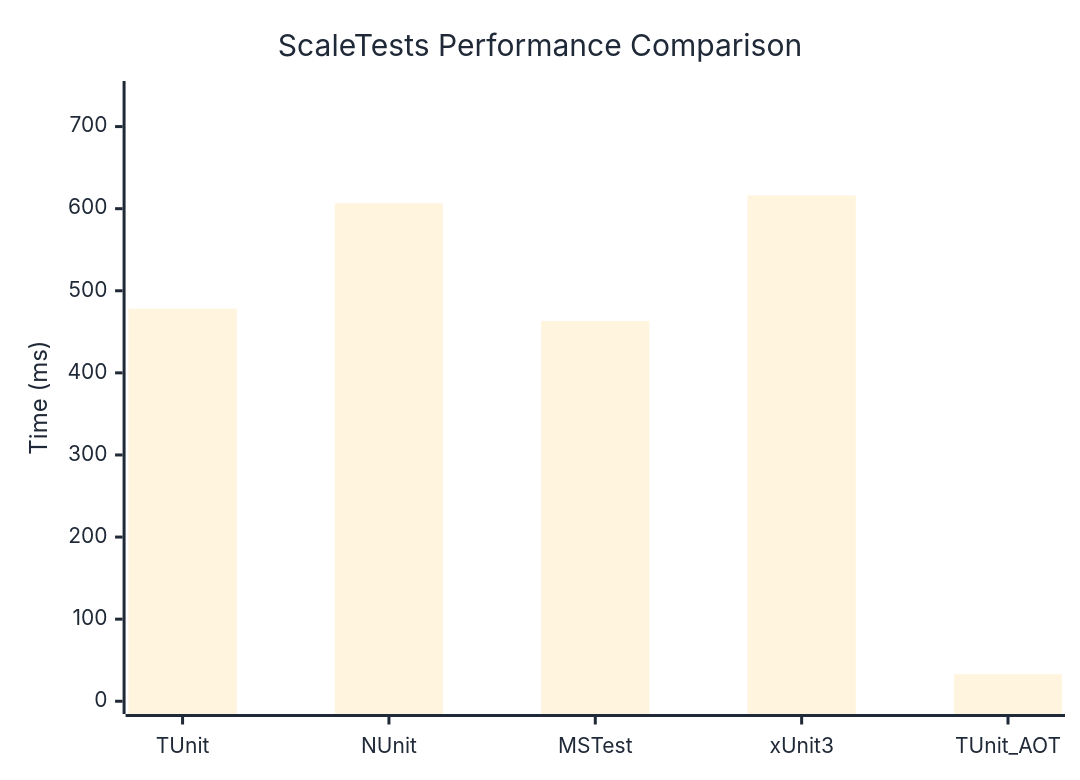
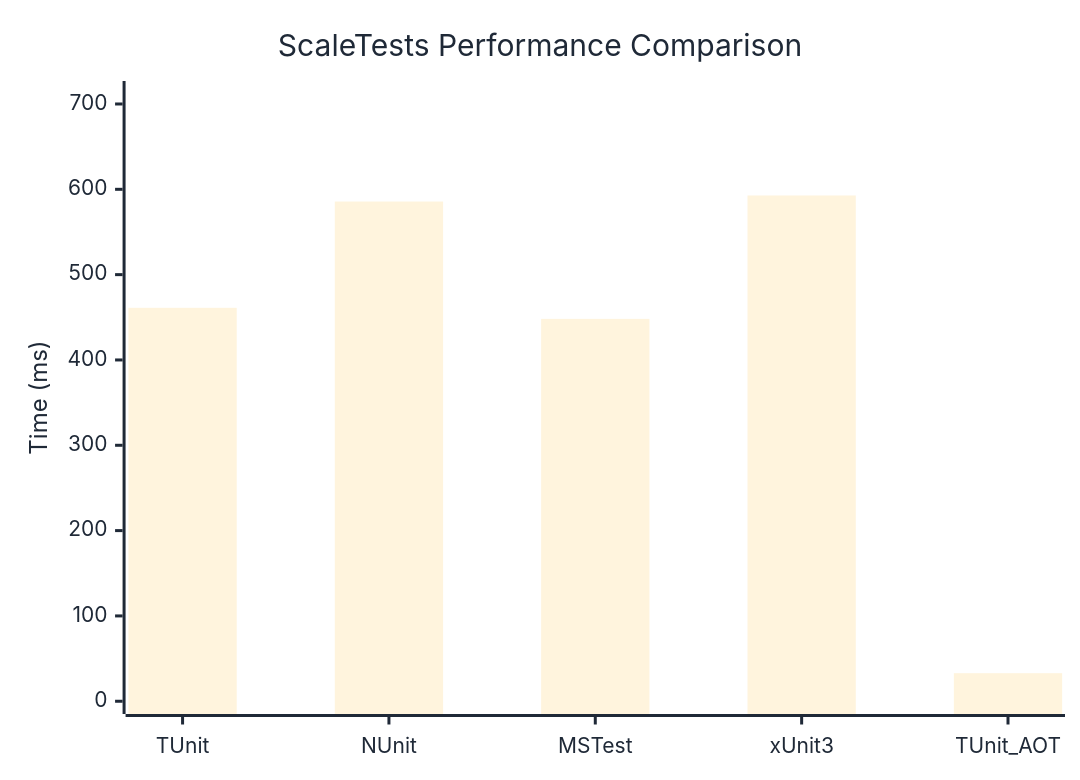
The diagram in docs/docs/benchmarks/ScaleTests.md (thomhurst/TUnit), drawn with Mermaid before and after one commit. The commit also changed other lines of this file and 17 other files, not shown here.

````diff
--- a/docs/docs/benchmarks/ScaleTests.md
+++ b/docs/docs/benchmarks/ScaleTests.md
@@ -27,37 +27,37 @@
 ```mermaid
 %%{init: {
   'theme':'base',
   'themeVariables': {
     'primaryColor': '#2563eb',
     'primaryTextColor': '#1f2937',
     'primaryBorderColor': '#1e40af',
     'lineColor': '#6b7280',
     'secondaryColor': '#7c3aed',
     'tertiaryColor': '#dc2626',
     'background': '#ffffff',
     'mainBkg': '#2563eb',
     'secondBkg': '#7c3aed',
     'tertiaryBkg': '#dc2626',
     'clusterBkg': '#f3f4f6',
     'edgeLabelBackground': '#ffffff',
     'tertiaryTextColor': '#1f2937',
     'pie1': '#2563eb',
     'pie2': '#7c3aed',
     'pie3': '#dc2626',
     'pie4': '#f59e0b',
     'pie5': '#10b981',
     'pie6': '#06b6d4',
     'pie7': '#ec4899',
     'pie8': '#6366f1',
     'pie9': '#84cc16',
     'pie10': '#f97316',
     'pie11': '#14b8a6',
     'pie12': '#a855f7'
   }
 }}%%
 xychart-beta
   title "ScaleTests Performance Comparison"
   x-axis ["TUnit", "NUnit", "MSTest", "xUnit3", "TUnit_AOT"]
-  y-axis "Time (ms)" 0 --> 740
-  bar [478.22, 606.54, 463.2, 616.13, 32.99]
+  y-axis "Time (ms)" 0 --> 712
+  bar [461.12, 585.68, 448.14, 592.78, 32.9]
 ```
````
